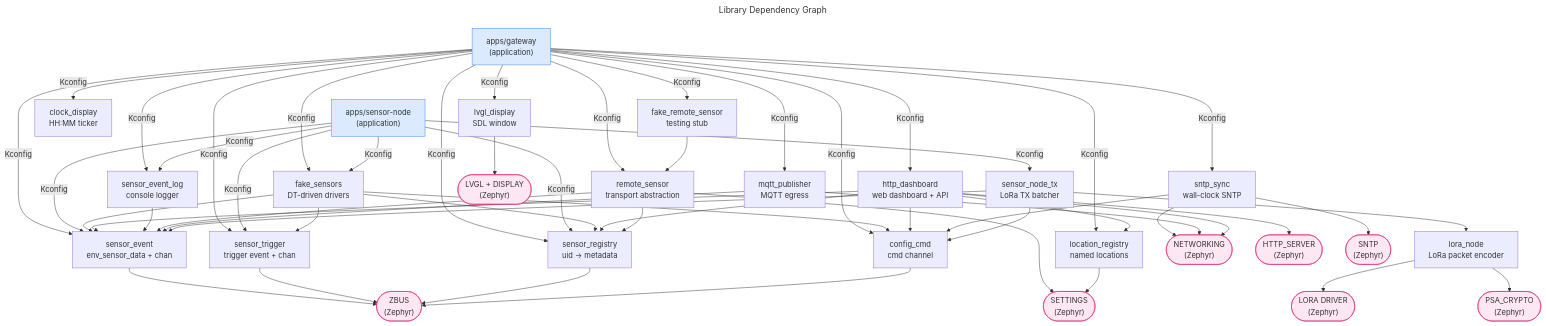
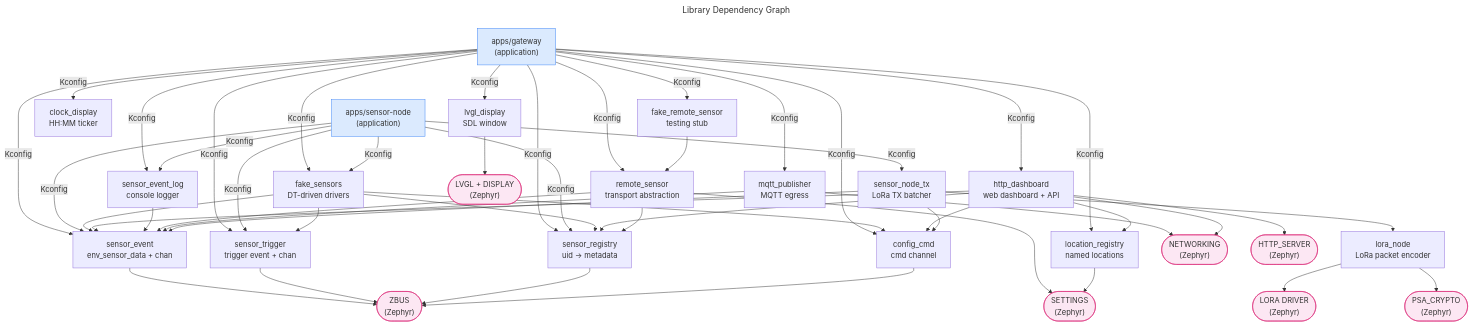
The diagram in docs/architecture/diagrams/library-deps.mmd (tobiwan88/weather-station), drawn with Mermaid before and after one commit. The commit also changed 37 other files, not shown here.

```diff
--- a/docs/architecture/diagrams/library-deps.mmd
+++ b/docs/architecture/diagrams/library-deps.mmd
@@ -1,106 +1,99 @@
 ---
 title: Library Dependency Graph
 ---
 graph TD
     APP["apps/gateway\n(application)"]
     SN_APP["apps/sensor-node\n(application)"]
 
     SE["sensor_event\nenv_sensor_data + chan"]
     ST["sensor_trigger\ntrigger event + chan"]
     SR["sensor_registry\nuid → metadata"]
     FS["fake_sensors\nDT-driven drivers"]
-    SNTP["sntp_sync\nwall-clock SNTP"]
     HTTP["http_dashboard\nweb dashboard + API"]
     CLK["clock_display\nHH:MM ticker"]
     LVGL["lvgl_display\nSDL window"]
     CC["config_cmd\ncmd channel"]
     LOC["location_registry\nnamed locations"]
     SEL["sensor_event_log\nconsole logger"]
     RS["remote_sensor\ntransport abstraction"]
     FRS["fake_remote_sensor\ntesting stub"]
     MQTT["mqtt_publisher\nMQTT egress"]
     SNTX["sensor_node_tx\nLoRa TX batcher"]
     LORA["lora_node\nLoRa packet encoder"]
 
     ZBUS(["ZBUS\n(Zephyr)"])
     NET(["NETWORKING\n(Zephyr)"])
     HTTPD(["HTTP_SERVER\n(Zephyr)"])
     LVGLLIB(["LVGL + DISPLAY\n(Zephyr)"])
-    SNTPLIB(["SNTP\n(Zephyr)"])
     SETTINGS(["SETTINGS\n(Zephyr)"])
     LORADRV(["LORA DRIVER\n(Zephyr)"])
     PSACRYPTO(["PSA_CRYPTO\n(Zephyr)"])
 
     APP -->|Kconfig| SE
     APP -->|Kconfig| ST
     APP -->|Kconfig| SR
     APP -->|Kconfig| FS
-    APP -->|Kconfig| SNTP
     APP -->|Kconfig| HTTP
     APP -->|Kconfig| CLK
     APP -->|Kconfig| LVGL
     APP -->|Kconfig| CC
     APP -->|Kconfig| LOC
     APP -->|Kconfig| SEL
     APP -->|Kconfig| RS
     APP -->|Kconfig| FRS
     APP -->|Kconfig| MQTT
 
     SN_APP -->|Kconfig| FS
     SN_APP -->|Kconfig| SE
     SN_APP -->|Kconfig| ST
     SN_APP -->|Kconfig| SR
     SN_APP -->|Kconfig| SEL
     SN_APP -->|Kconfig| SNTX
 
     FS --> SE
     FS --> ST
     FS --> SR
     FS --> CC
 
     HTTP --> SE
     HTTP --> SR
     HTTP --> LOC
     HTTP --> CC
     HTTP --> HTTPD
 
-    SNTP --> CC
-    SNTP --> NET
-    SNTP --> SNTPLIB
 
     SEL --> SE
 
     RS --> SE
     RS --> SR
     RS --> SETTINGS
     FRS --> RS
 
     MQTT --> SE
     MQTT --> NET
 
     LOC --> SETTINGS
 
     SNTX --> SE
     SNTX --> CC
     SNTX --> LORA
     LORA --> LORADRV
     LORA --> PSACRYPTO
 
     SE --> ZBUS
     ST --> ZBUS
     SR --> ZBUS
     CC --> ZBUS
 
     HTTP --> NET
     LVGL --> LVGLLIB
 
     style APP fill:#dbeafe,stroke:#3b82f6
     style SN_APP fill:#dbeafe,stroke:#3b82f6
     style ZBUS fill:#fce7f3,stroke:#db2777
     style NET fill:#fce7f3,stroke:#db2777
     style HTTPD fill:#fce7f3,stroke:#db2777
     style LVGLLIB fill:#fce7f3,stroke:#db2777
-    style SNTPLIB fill:#fce7f3,stroke:#db2777
     style SETTINGS fill:#fce7f3,stroke:#db2777
     style LORADRV fill:#fce7f3,stroke:#db2777
     style PSACRYPTO fill:#fce7f3,stroke:#db2777
```
